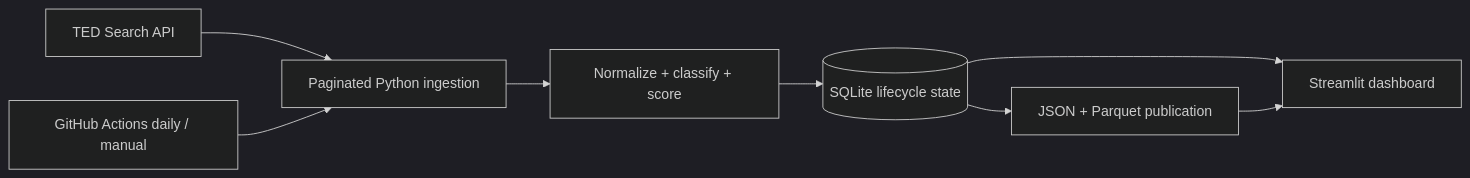
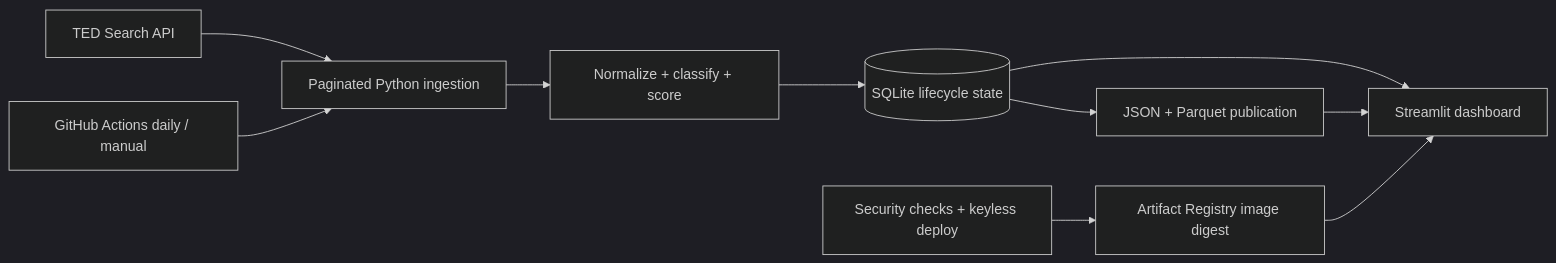
Before and after one commit to civanft/ai-tender-intelligence: the diagram in README.md, drawn with Mermaid (dark theme). The commit also changed other lines of this file and 5 other files, not shown here.

````diff
--- a/README.md
+++ b/README.md
@@ -29,10 +30,12 @@
 ```mermaid
 flowchart LR
     A[TED Search API] --> B[Paginated Python ingestion]
     B --> C[Normalize + classify + score]
     C --> D[(SQLite lifecycle state)]
     D --> E[JSON + Parquet publication]
     D --> F[Streamlit dashboard]
     E --> F
     G[GitHub Actions daily / manual] --> B
+    H[Security checks + keyless deploy] --> I[Artifact Registry image digest]
+    I --> F
 ```
````
